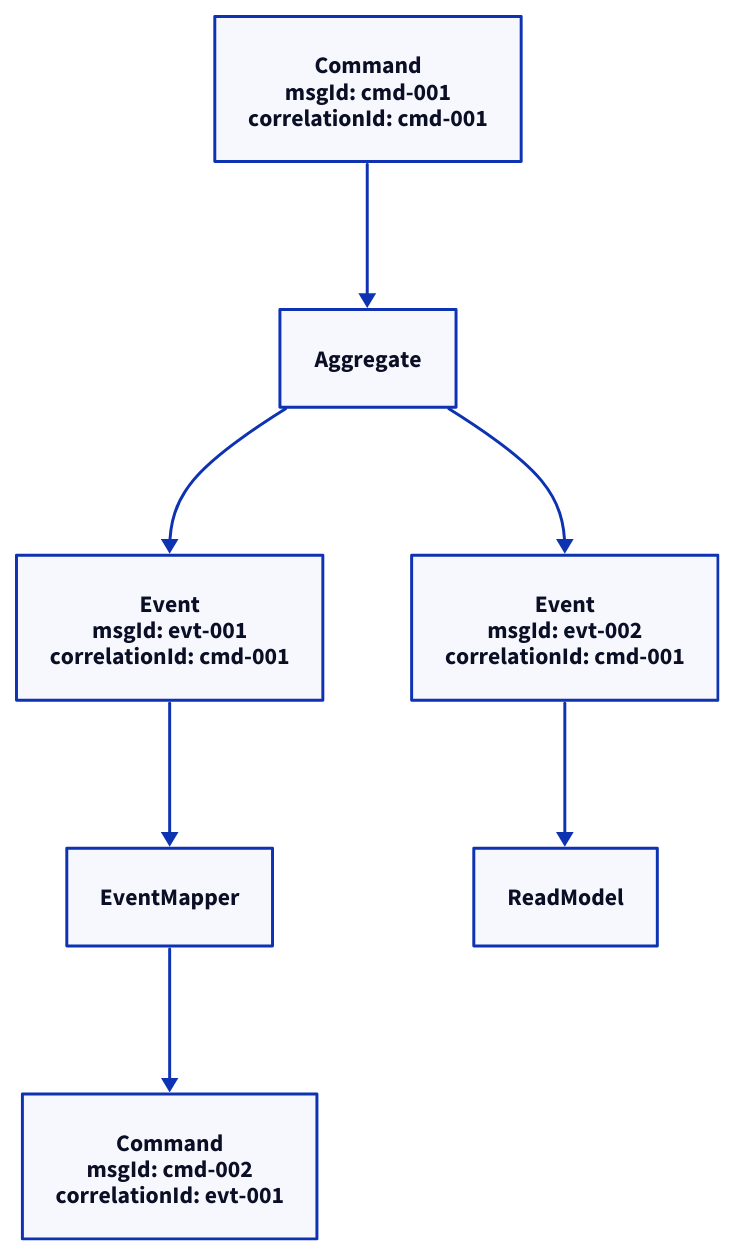
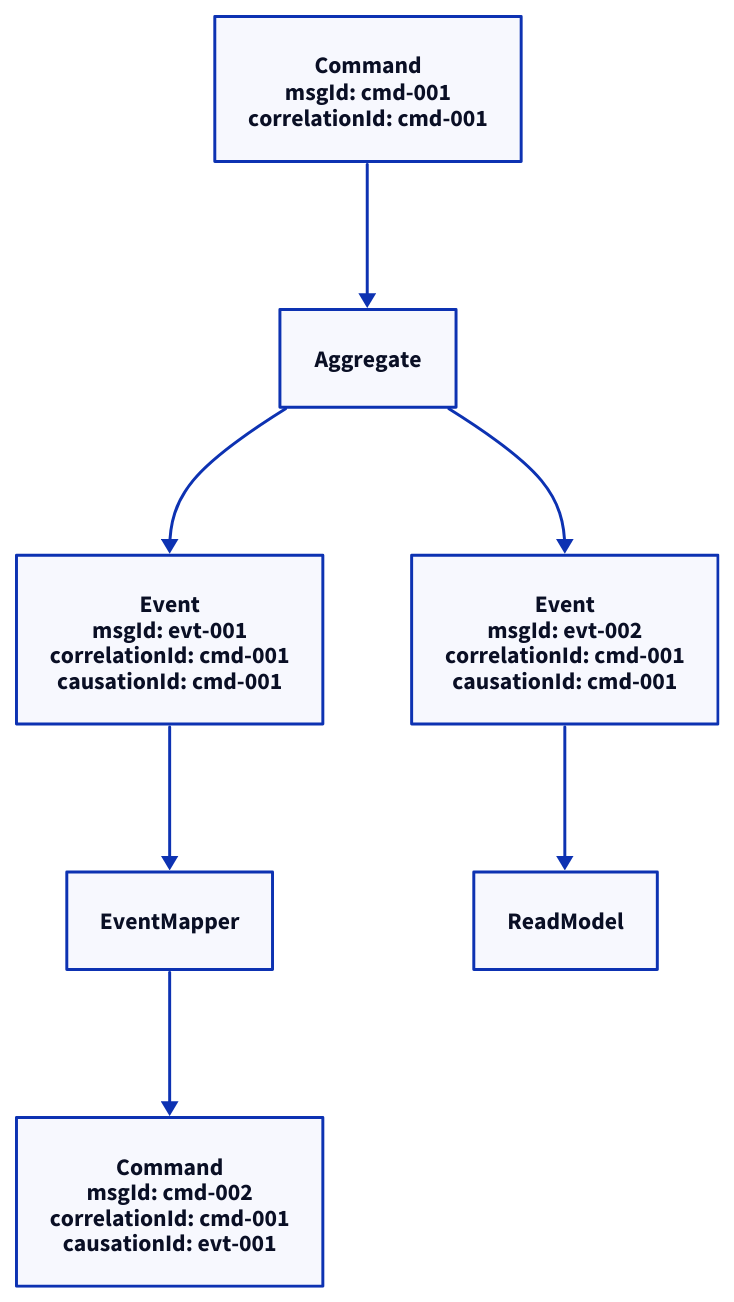
The second of 3 diagrams in packages/doc/docs-framework/internals/messages.md (ReventlessDev/reventless-core), drawn with D2 before and after one commit. The commit also changed other lines of this file and 35 other files, not shown here.

````diff
--- a/packages/doc/docs-framework/internals/messages.md
+++ b/packages/doc/docs-framework/internals/messages.md
@@ -228,16 +228,16 @@
 ```d2
 C1: "Command\nmsgId: cmd-001\ncorrelationId: cmd-001" { class: msg-command }
 A: Aggregate { class: aggregate }
-E1: "Event\nmsgId: evt-001\ncorrelationId: cmd-001" { class: msg-event }
-E2: "Event\nmsgId: evt-002\ncorrelationId: cmd-001" { class: msg-event }
+E1: "Event\nmsgId: evt-001\ncorrelationId: cmd-001\ncausationId: cmd-001" { class: msg-event }
+E2: "Event\nmsgId: evt-002\ncorrelationId: cmd-001\ncausationId: cmd-001" { class: msg-event }
 EM: EventMapper { class: event-mapper }
 RM2: ReadModel { class: read-model }
-C2: "Command\nmsgId: cmd-002\ncorrelationId: evt-001" { class: msg-command }
+C2: "Command\nmsgId: cmd-002\ncorrelationId: cmd-001\ncausationId: evt-001" { class: msg-command }
 
 C1 -> A { class: command-flow }
 A -> E1 { class: event-flow }
 A -> E2 { class: event-flow }
 E1 -> EM { class: event-flow }
 E2 -> RM2 { class: event-flow }
 EM -> C2 { class: command-flow }
 ```
````
